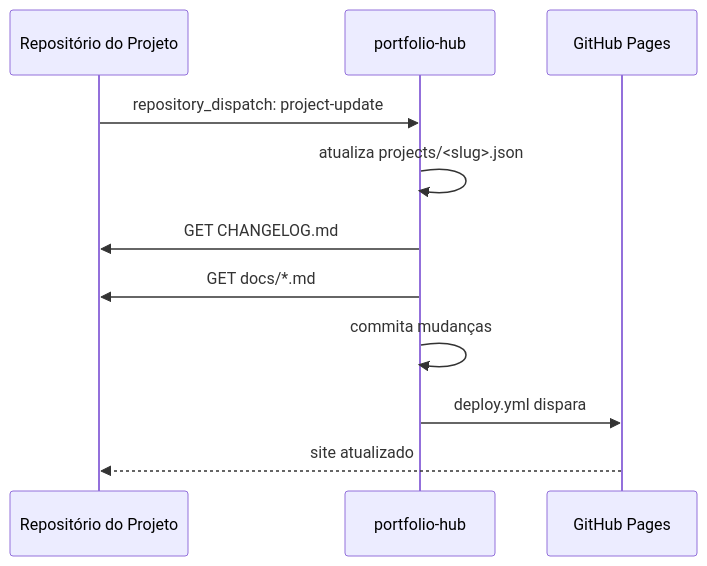
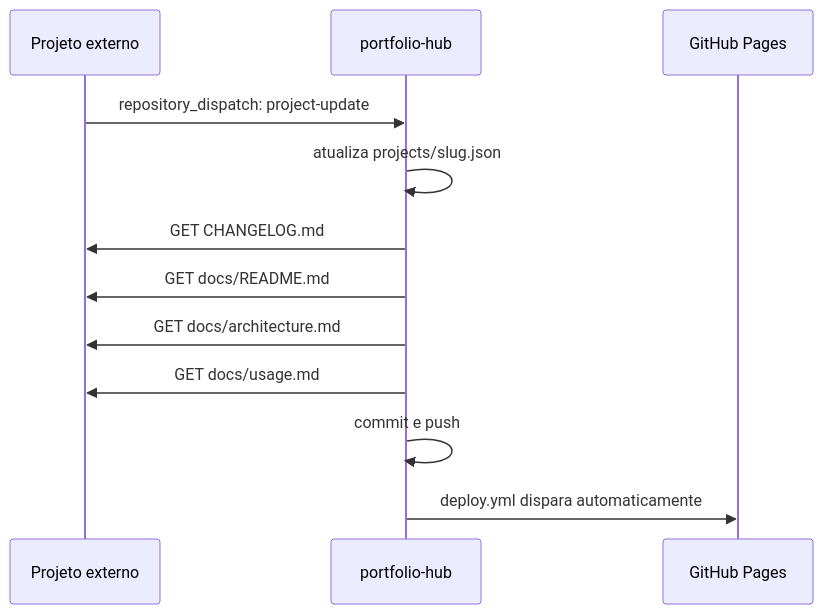
One commit to MatheusAzevedoDev/portfolio-hub changed the fourth of 6 diagrams in docs/gitops-portfolio-lambda/architecture.md. Above: the diagram before and after it, drawn with Mermaid. The commit also changed other lines of this file and 11 other files, not shown here.

````diff
--- a/docs/gitops-portfolio-lambda/architecture.md
+++ b/docs/gitops-portfolio-lambda/architecture.md
@@ -140,14 +138,15 @@
 ```mermaid
 sequenceDiagram
-    participant Repo as Repositório do Projeto
+    participant Repo as Projeto externo
     participant Hub as portfolio-hub
     participant Pages as GitHub Pages
 
     Repo->>Hub: repository_dispatch: project-update
-    Hub->>Hub: atualiza projects/<slug>.json
+    Hub->>Hub: atualiza projects/slug.json
     Hub->>Repo: GET CHANGELOG.md
-    Hub->>Repo: GET docs/*.md
-    Hub->>Hub: commita mudanças
-    Hub->>Pages: deploy.yml dispara
-    Pages-->>Repo: site atualizado
+    Hub->>Repo: GET docs/README.md
+    Hub->>Repo: GET docs/architecture.md
+    Hub->>Repo: GET docs/usage.md
+    Hub->>Hub: commit e push
+    Hub->>Pages: deploy.yml dispara automaticamente
 ```
````
